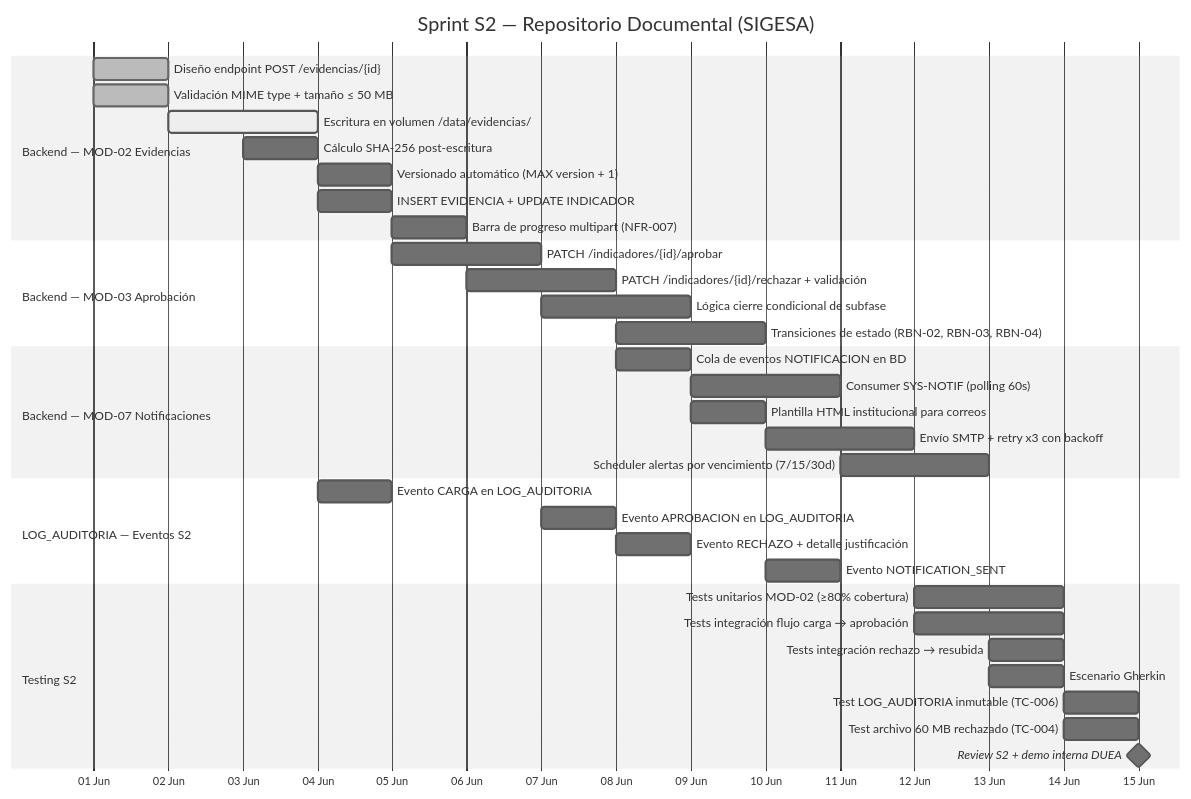
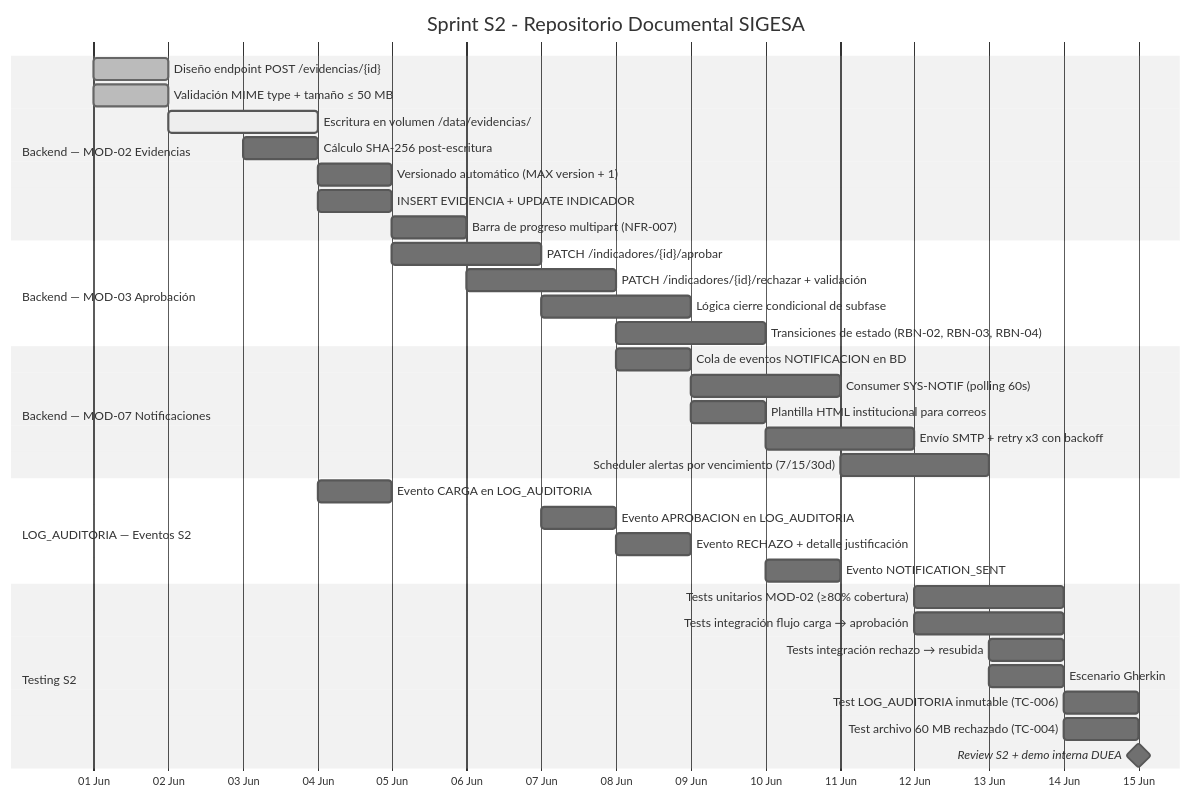
Before and after one commit to AcredIA-UMSS/sigesa-docs: the diagram in docs/07_diagramas/gantt-004-diagrama.mmd, drawn with Mermaid (neutral theme). The commit also changed 23 other files, not shown here.

Commit message:
update diagramas v2

```diff
--- a/docs/07_diagramas/gantt-004-diagrama.mmd
+++ b/docs/07_diagramas/gantt-004-diagrama.mmd
@@ -1,41 +1,41 @@
 gantt
-    title Sprint S2 — Repositorio Documental (SIGESA)
+    title Sprint S2 - Repositorio Documental SIGESA
     dateFormat  YYYY-MM-DD
     axisFormat  %d %b
 
     section Backend — MOD-02 Evidencias
     Diseño endpoint POST /evidencias/{id}           :done,    be01, 2026-06-01, 1d
     Validación MIME type + tamaño ≤ 50 MB          :done,    be02, 2026-06-01, 1d
     Escritura en volumen /data/evidencias/          :active,  be03, 2026-06-02, 2d
     Cálculo SHA-256 post-escritura                  :         be04, 2026-06-03, 1d
     Versionado automático (MAX version + 1)         :         be05, 2026-06-04, 1d
     INSERT EVIDENCIA + UPDATE INDICADOR             :         be06, 2026-06-04, 1d
     Barra de progreso multipart (NFR-007)           :         be07, 2026-06-05, 1d
 
     section Backend — MOD-03 Aprobación
     PATCH /indicadores/{id}/aprobar                 :         be08, 2026-06-05, 2d
     PATCH /indicadores/{id}/rechazar + validación   :         be09, 2026-06-06, 2d
     Lógica cierre condicional de subfase            :         be10, 2026-06-07, 2d
     Transiciones de estado (RBN-02, RBN-03, RBN-04) :        be11, 2026-06-08, 2d
 
     section Backend — MOD-07 Notificaciones
     Cola de eventos NOTIFICACION en BD              :         nt01, 2026-06-08, 1d
     Consumer SYS-NOTIF (polling 60s)                :         nt02, 2026-06-09, 2d
     Plantilla HTML institucional para correos       :         nt03, 2026-06-09, 1d
     Envío SMTP + retry x3 con backoff               :         nt04, 2026-06-10, 2d
     Scheduler alertas por vencimiento (7/15/30d)    :         nt05, 2026-06-11, 2d
 
     section LOG_AUDITORIA — Eventos S2
     Evento CARGA en LOG_AUDITORIA                   :         la01, 2026-06-04, 1d
     Evento APROBACION en LOG_AUDITORIA              :         la02, 2026-06-07, 1d
     Evento RECHAZO + detalle justificación          :         la03, 2026-06-08, 1d
     Evento NOTIFICATION_SENT                        :         la04, 2026-06-10, 1d
 
     section Testing S2
     Tests unitarios MOD-02 (≥80% cobertura)        :         tu02, 2026-06-12, 2d
     Tests integración flujo carga → aprobación      :         ti01, 2026-06-12, 2d
     Tests integración rechazo → resubida            :         ti02, 2026-06-13, 1d
     Escenario Gherkin: rechazo sin justificación    :         gh01, 2026-06-13, 1d
     Test LOG_AUDITORIA inmutable (TC-006)           :         tc06, 2026-06-14, 1d
     Test archivo 60 MB rechazado (TC-004)           :         tc04, 2026-06-14, 1d
     Review S2 + demo interna DUEA                   :milestone, rev2, 2026-06-15, 0d
```
